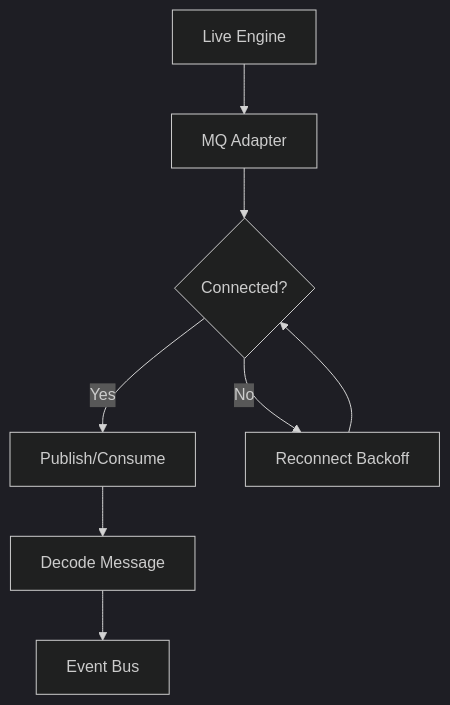
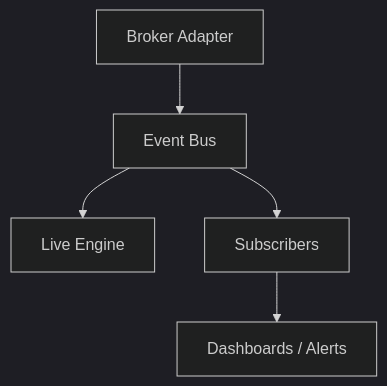
One commit to gregorian-09/regime-flow changed the diagram in docs/explanation/message-bus.md. Above: the diagram before and after it, drawn with Mermaid (dark theme). The commit also changed other lines of this file and 58 other files, not shown here.

````diff
--- a/docs/explanation/message-bus.md
+++ b/docs/explanation/message-bus.md
@@ -8,10 +7,7 @@
 ```mermaid
 flowchart TB
-  A[Live Engine] --> B[MQ Adapter]
-  B --> C{Connected?}
-  C -- Yes --> D[Publish/Consume]
-  C -- No --> E[Reconnect Backoff]
-  E --> C
-  D --> F[Decode Message]
-  F --> G[Event Bus]
+  A[Broker Adapter] --> B[Event Bus]
+  B --> C[Live Engine]
+  B --> D[Subscribers]
+  D --> E[Dashboards / Alerts]
 ```
````
